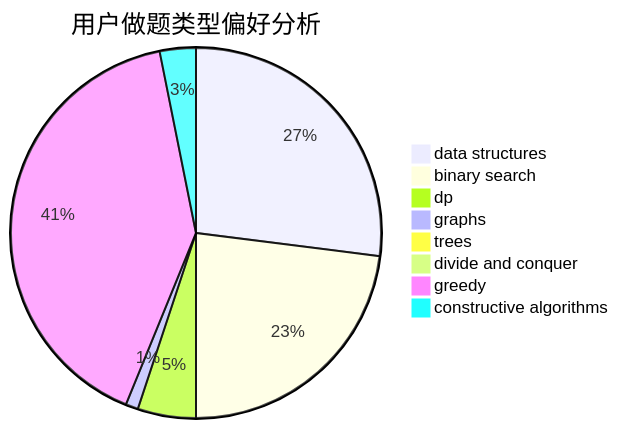
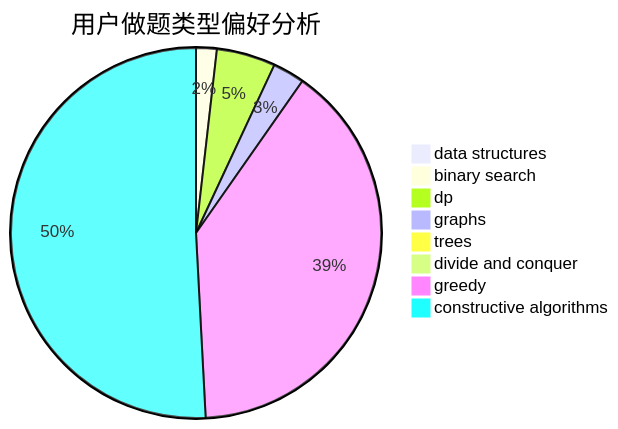
One commit to sherpahu/cfrs.github.io changed the second of 3 diagrams in docs/user/u2332.md. Above: the diagram before and after it, drawn with Mermaid. The commit also changed other lines of this file and 2770 other files, not shown here.

````diff
--- a/docs/user/u2332.md
+++ b/docs/user/u2332.md
@@ -23,11 +23,11 @@
 ```mermaid
 pie title 用户做题类型偏好分析
-    "data structures" :  223
-    "binary search" :  190
-    "dp" :  42
-    "graphs" :  9
-    "trees" :  0
+    "data structures" :  5
+    "binary search" :  13
+    "dp" :  37
+    "graphs" :  20
+    "trees" :  2
     "divide and conquer" :  0
-    "greedy" :  336
-    "constructive algorithms" :  26
+    "greedy" :  284
+    "constructive algorithms" :  366
 ```
````
